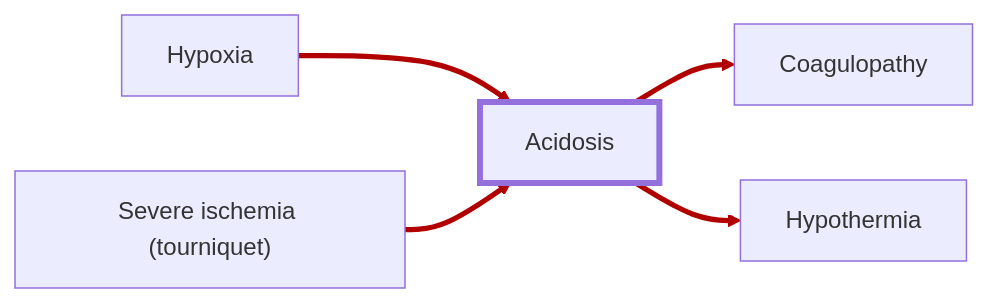
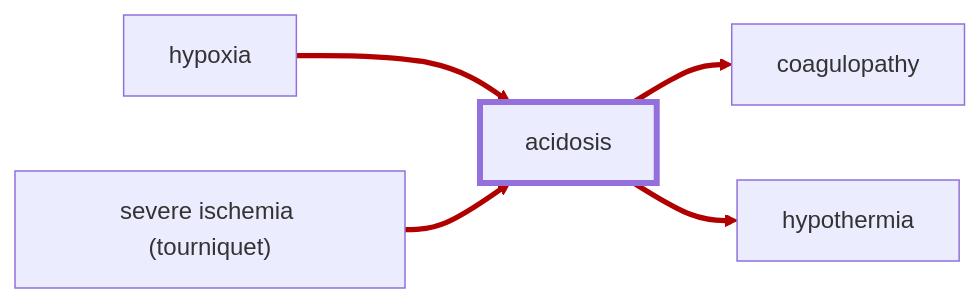
The fifth of 28 diagrams in README.md (frederik-hoeft/rimworld-more-injuries), drawn with Mermaid before and after one commit. The commit also changed other lines of this file and 14 other files, not shown here.

````diff
--- a/README.md
+++ b/README.md
@@ -265,15 +268,15 @@
 ```mermaid
 ---
 config:
   flowchart:
     htmlLabels: true
 ---
 graph LR;
-  hypoxia[Hypoxia] ==> acidosis[Acidosis];
-  ischemia["Severe ischemia (tourniquet)"] ==> acidosis;
-  acidosis ==> coagulopathy[Coagulopathy];
-  acidosis ==> hypothermia[Hypothermia];
+  hypoxia[hypoxia] ==> acidosis[acidosis];
+  ischemia["severe ischemia (tourniquet)"] ==> acidosis;
+  acidosis ==> coagulopathy[coagulopathy];
+  acidosis ==> hypothermia[hypothermia];
 
   linkStyle 0,1,2,3 stroke: #b10000
   style acidosis stroke-width: 4px
 ```
````
